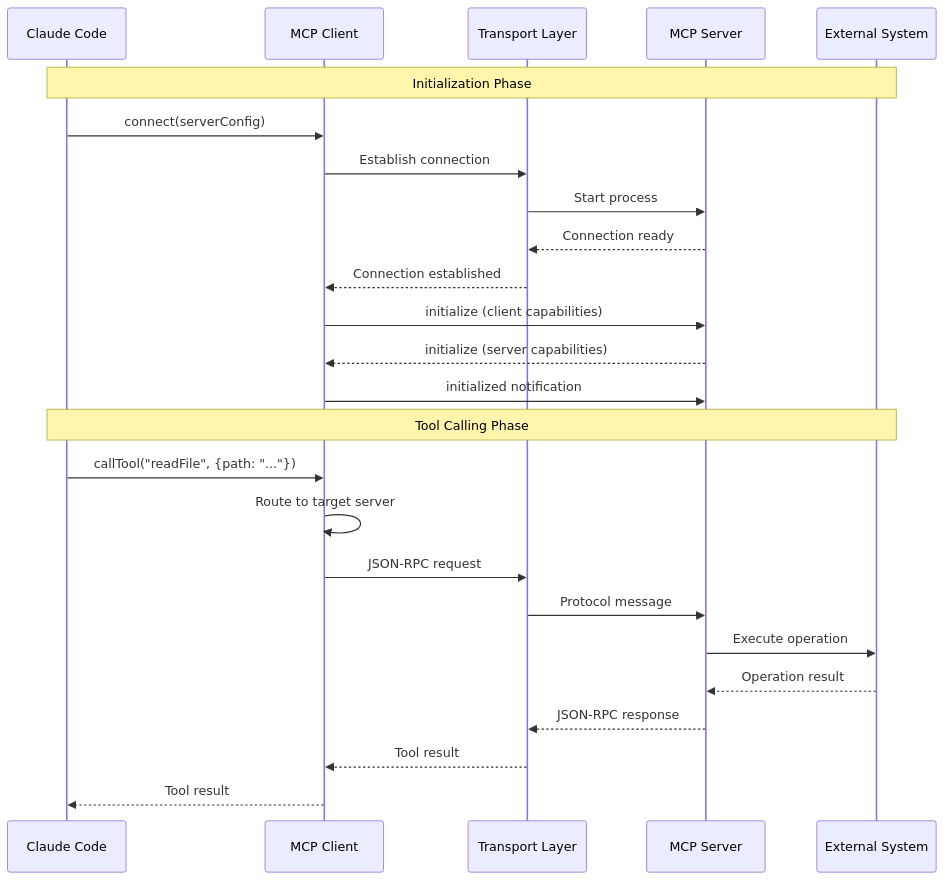
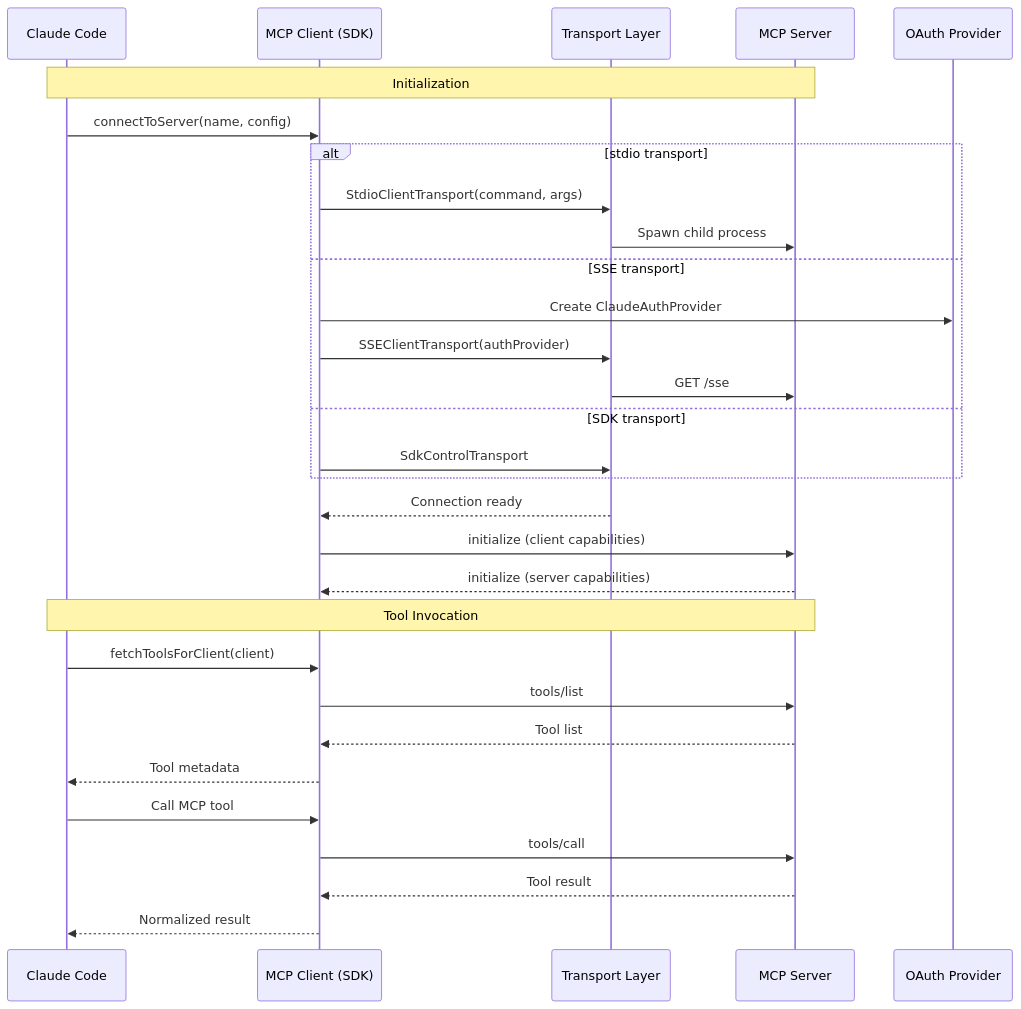
Before and after one commit to niuma996/claude-code-sourcemap-wiki: the second of 3 diagrams in .nium-wiki/wiki_en/services/mcp.md, drawn with Mermaid. The commit also changed other lines of this file and 19 other files, not shown here.

````diff
--- a/.nium-wiki/wiki_en/services/mcp.md
+++ b/.nium-wiki/wiki_en/services/mcp.md
@@ -104,30 +190,36 @@
 ```mermaid
 sequenceDiagram
     participant Claude as Claude Code
-    participant Client as MCP Client
+    participant Client as MCP Client (SDK)
     participant Transport as Transport Layer
     participant Server as MCP Server
-    participant External as External System
+    participant Auth as OAuth Provider
 
-    Note over Claude,External: Initialization Phase
-    Claude->>Client: connect(serverConfig)
-    Client->>Transport: Establish connection
-    Transport->>Server: Start process
-    Server-->>Transport: Connection ready
-    Transport-->>Client: Connection established
+    Note over Claude,Server: Initialization
+    Claude->>Client: connectToServer(name, config)
+    alt stdio transport
+        Client->>Transport: StdioClientTransport(command, args)
+        Transport->>Server: Spawn child process
+    else SSE transport
+        Client->>Auth: Create ClaudeAuthProvider
+        Client->>Transport: SSEClientTransport(authProvider)
+        Transport->>Server: GET /sse
+    else SDK transport
+        Client->>Transport: SdkControlTransport
+    end
+    Transport-->>Client: Connection ready
 
     Client->>Server: initialize (client capabilities)
     Server-->>Client: initialize (server capabilities)
-    Client->>Server: initialized notification
 
-    Note over Claude,External: Tool Calling Phase
-    Claude->>Client: callTool("readFile", {path: "..."})
-    Client->>Client: Route to target server
-    Client->>Transport: JSON-RPC request
-    Transport->>Server: Protocol message
-    Server->>External: Execute operation
-    External-->>Server: Operation result
-    Server-->>Transport: JSON-RPC response
-    Transport-->>Client: Tool result
-    Client-->>Claude: Tool result
+    Note over Claude,Server: Tool Invocation
+    Claude->>Client: fetchToolsForClient(client)
+    Client->>Server: tools/list
+    Server-->>Client: Tool list
+    Client-->>Claude: Tool metadata
+
+    Claude->>Client: Call MCP tool
+    Client->>Server: tools/call
+    Server-->>Client: Tool result
+    Client-->>Claude: Normalized result
 ```
````
